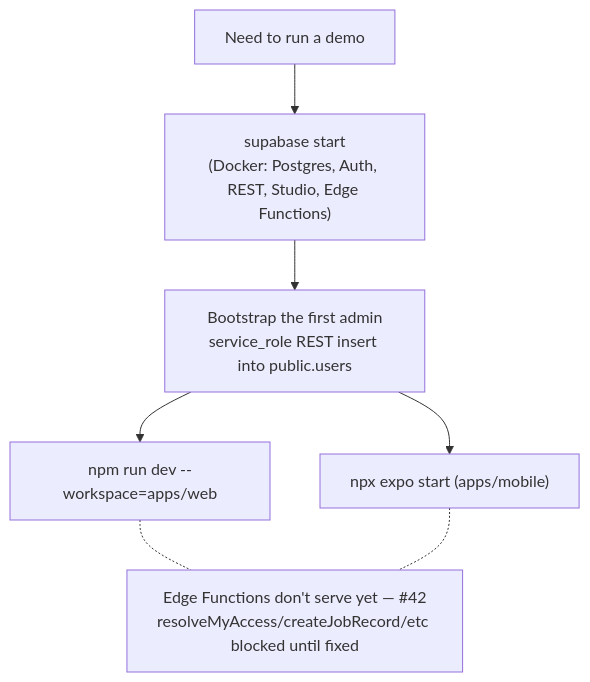
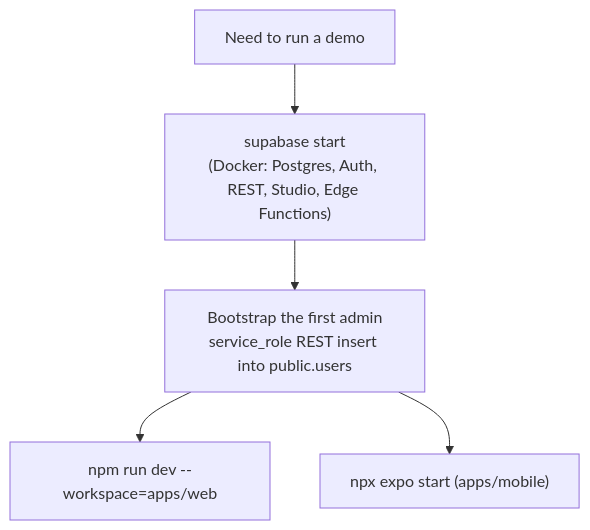
The first of 2 diagrams in docs/deploy-demo.md (fluffygeek/LiveOakv3), drawn with Mermaid before and after one commit. The commit also changed other lines of this file, not shown here.

````diff
--- a/docs/deploy-demo.md
+++ b/docs/deploy-demo.md
@@ -20,9 +19,7 @@
 ```mermaid
 flowchart TD
     Start["Need to run a demo"] --> Stack["supabase start\n(Docker: Postgres, Auth, REST, Studio, Edge Functions)"]
     Stack --> Bootstrap["Bootstrap the first admin\nservice_role REST insert into public.users"]
     Bootstrap --> Web["npm run dev --workspace=apps/web"]
     Bootstrap --> Mobile["npx expo start (apps/mobile)"]
-    Web -.- Gap["Edge Functions don't serve yet — #42\nresolveMyAccess/createJobRecord/etc blocked until fixed"]
-    Mobile -.- Gap
 ```
````
